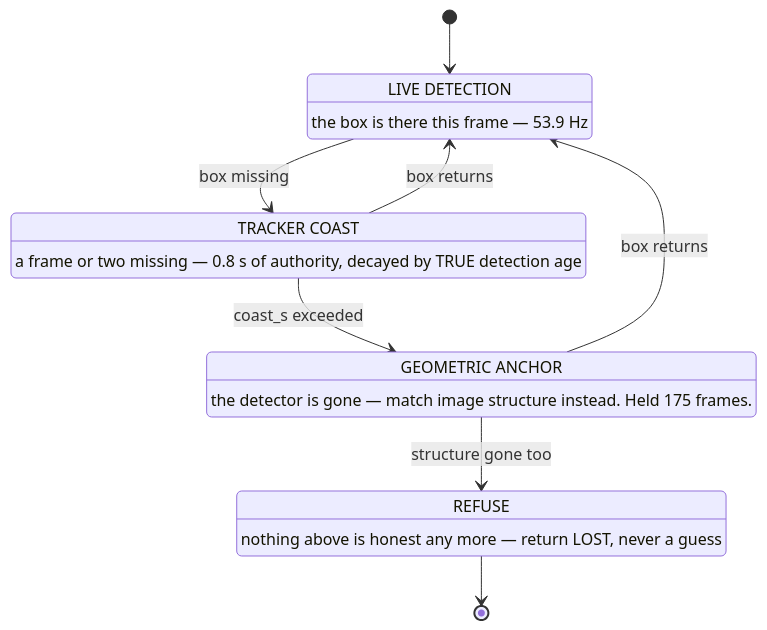
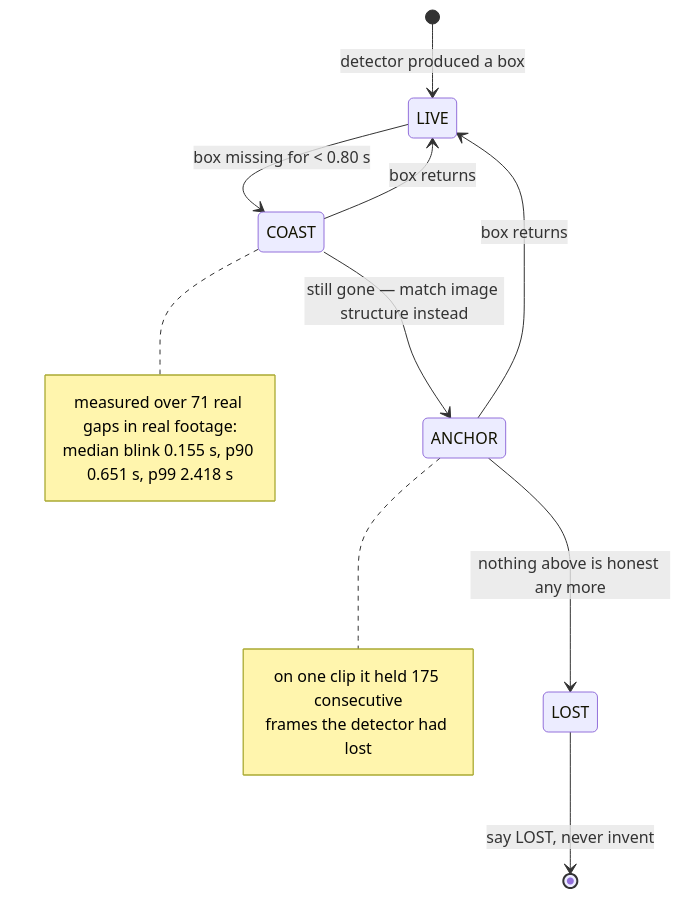
The eighth of 12 diagrams in README.md (fh1m/duburi_ws), drawn with Mermaid before and after one commit. The commit also changed other lines of this file, not shown here.

````diff
--- a/README.md
+++ b/README.md
@@ -599,19 +438,18 @@
 ```mermaid
 stateDiagram-v2
-    [*] --> LIVE
-    LIVE: LIVE DETECTION
-    LIVE: the box is there this frame — 53.9 Hz
-    COAST: TRACKER COAST
-    COAST: a frame or two missing — 0.8 s of authority, decayed by TRUE detection age
-    ANCHOR: GEOMETRIC ANCHOR
-    ANCHOR: the detector is gone — match image structure instead. Held 175 frames.
-    LOST: REFUSE
-    LOST: nothing above is honest any more — return LOST, never a guess
-
-    LIVE --> COAST: box missing
+    [*] --> LIVE: detector produced a box
+    LIVE --> COAST: box missing for < 0.80 s
     COAST --> LIVE: box returns
-    COAST --> ANCHOR: coast_s exceeded
+    COAST --> ANCHOR: still gone — match image structure instead
     ANCHOR --> LIVE: box returns
-    ANCHOR --> LOST: structure gone too
-    LOST --> [*]
+    ANCHOR --> LOST: nothing above is honest any more
+    LOST --> [*]: say LOST, never invent
+    note right of COAST
+        measured over 71 real gaps in real footage:
+        median blink 0.155 s, p90 0.651 s, p99 2.418 s
+    end note
+    note right of ANCHOR
+        on one clip it held 175 consecutive
+        frames the detector had lost
+    end note
 ```
````
